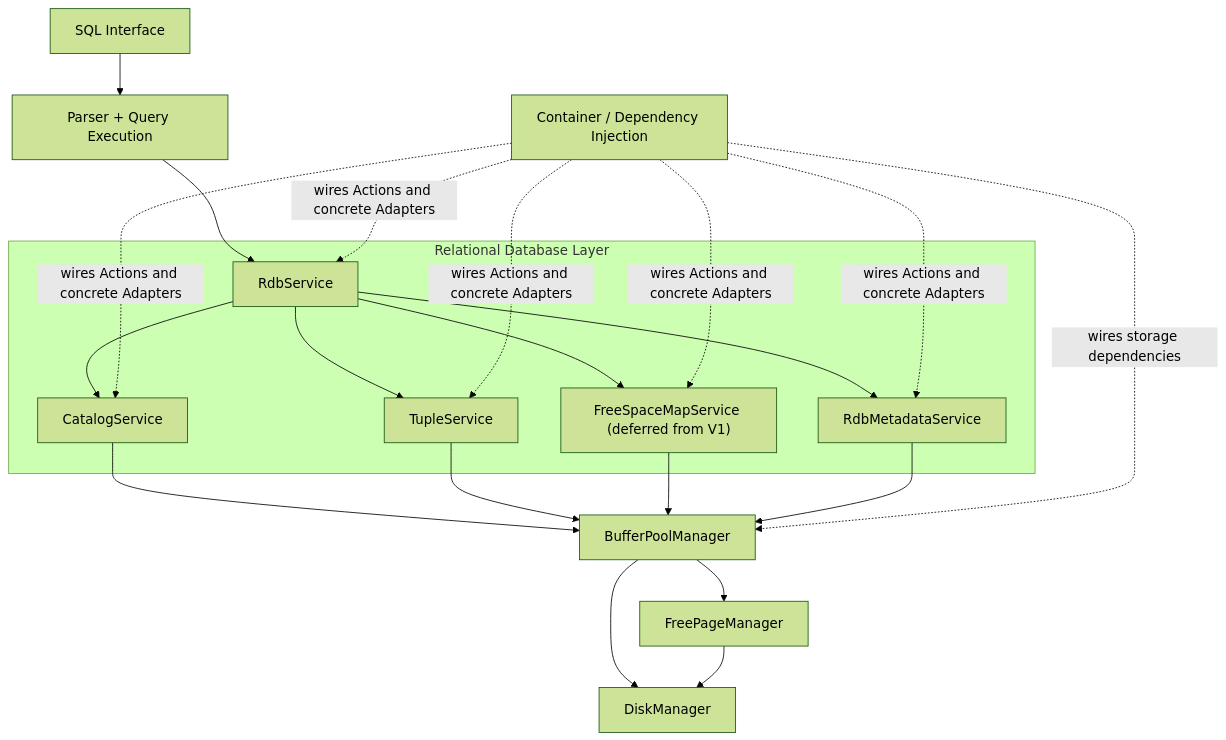
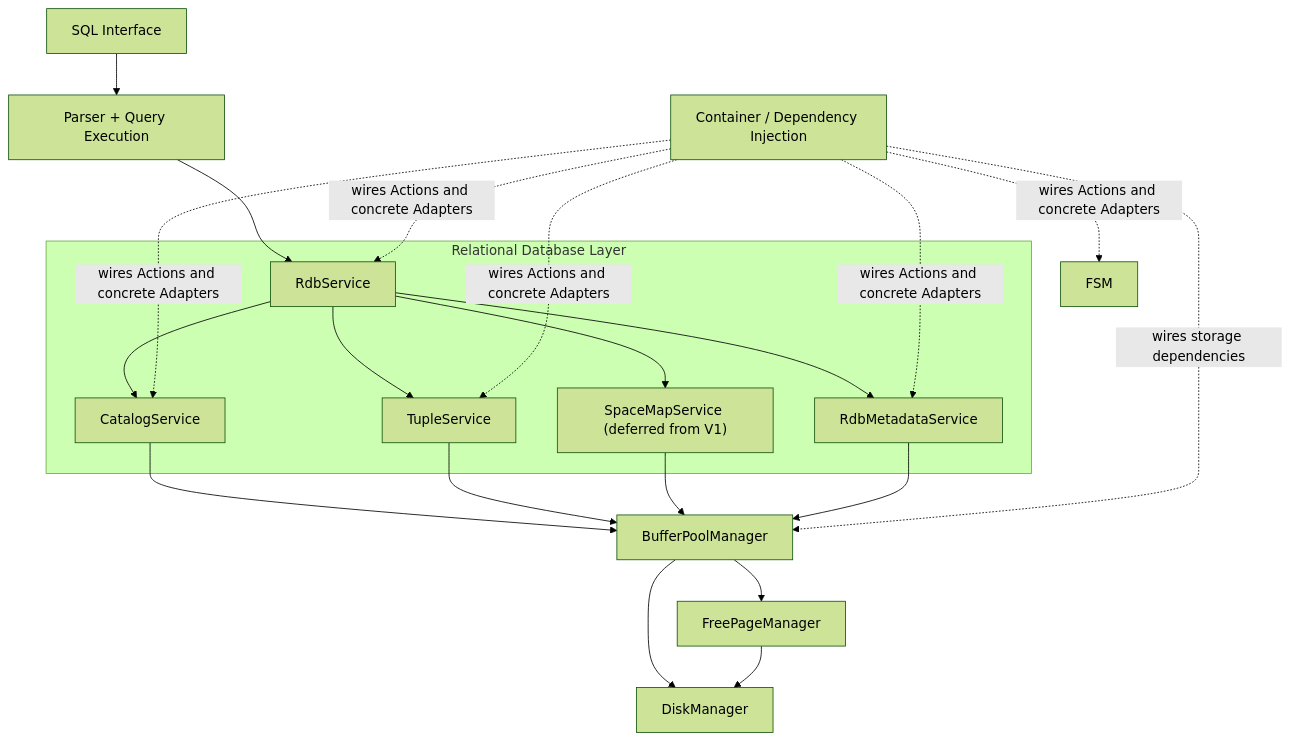
The first of 2 diagrams in README.md (soujash-mandal/UniDB), drawn with Mermaid (forest theme) before and after one commit. The commit also changed other lines of this file, not shown here.

Commit message:
Update service naming in architecture docs

````diff
--- a/README.md
+++ b/README.md
@@ -5,40 +5,40 @@
 ```mermaid
 flowchart TD
     SQL["SQL Interface"]
     Query["Parser + Query Execution"]
 
     subgraph RDB_LAYER["Relational Database Layer"]
         RDB["RdbService"]
         Metadata["RdbMetadataService"]
         Catalog["CatalogService"]
         Tuple["TupleService"]
-        FSM["FreeSpaceMapService (deferred from V1)"]
+        SpaceMap["SpaceMapService (deferred from V1)"]
         RDB --> Catalog
         RDB --> Tuple
-        RDB --> FSM
+        RDB --> SpaceMap
         RDB --> Metadata
     end
 
     BPM["BufferPoolManager"]
     FPM["FreePageManager"]
     Disk["DiskManager"]
     Container["Container / Dependency Injection"]
 
     SQL --> Query
     Query --> RDB
 
     Catalog --> BPM
     Tuple --> BPM
-    FSM --> BPM
+    SpaceMap --> BPM
     Metadata --> BPM
     BPM --> FPM
     BPM --> Disk
     FPM --> Disk
 
     Container -. "wires Actions and concrete Adapters" .-> RDB
     Container -. "wires Actions and concrete Adapters" .-> Catalog
     Container -. "wires Actions and concrete Adapters" .-> Tuple
     Container -. "wires Actions and concrete Adapters" .-> FSM
     Container -. "wires Actions and concrete Adapters" .-> Metadata
     Container -. "wires storage dependencies" .-> BPM
 ```
````
